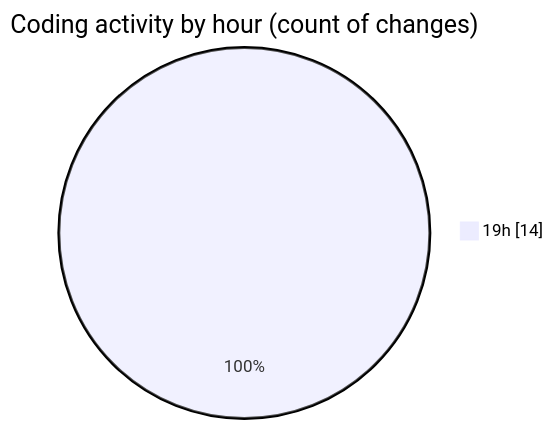
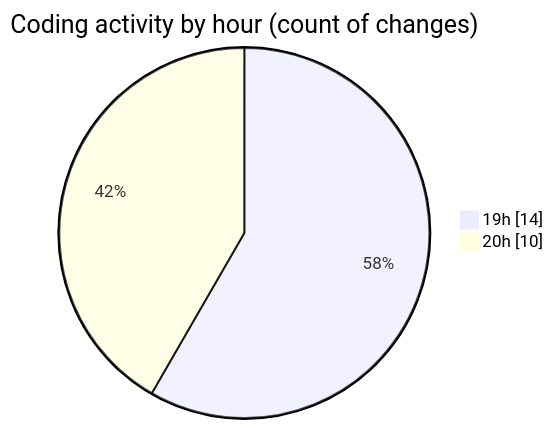
One commit to Netris89/code-tracking changed the second of 2 diagrams in 2025-10-24/skintrack/README.md. Above: the diagram before and after it, drawn with Mermaid. The commit also changed other lines of this file and 1 other file, not shown here.

````diff
--- a/2025-10-24/skintrack/README.md
+++ b/2025-10-24/skintrack/README.md
@@ -31,5 +31,6 @@
 ```mermaid
 pie showData
 title Coding activity by hour (count of changes)
 "19h" : 14
+"20h" : 10
 ```
````
